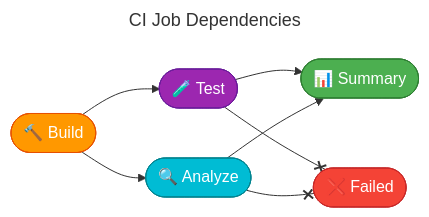
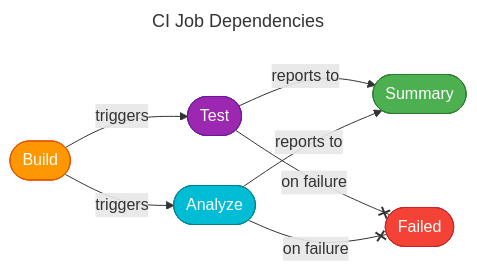
The second of 2 diagrams in docs/devops/ci-dotnet-reusable.md (Evilazaro/Azure-LogicApps-Monitoring), drawn with Mermaid before and after one commit. The commit also changed other lines of this file and 3 other files, not shown here.

Commit message:
docs: Improve diagram clarity and structure in CI/CD documentation with enhanced labels and organization

````diff
--- a/docs/devops/ci-dotnet-reusable.md
+++ b/docs/devops/ci-dotnet-reusable.md
@@ -499,24 +519,27 @@
 ```mermaid
 ---
 title: CI Job Dependencies
 ---
 flowchart LR
-    build(["🔨 Build"]) --> test(["🧪 Test"])
-    build --> analyze(["🔍 Analyze"])
-    test --> summary(["📊 Summary"])
-    analyze --> summary
-    test --x failure(["❌ Failed"])
-    analyze --x failure
+    %% ===== JOB DEPENDENCY GRAPH =====
+    build(["Build"]) -->|triggers| test(["Test"])
+    build -->|triggers| analyze(["Analyze"])
+    test -->|reports to| summary(["Summary"])
+    analyze -->|reports to| summary
+    test --x|on failure| failure(["Failed"])
+    analyze --x|on failure| failure
 
-    classDef build fill:#FF9800,stroke:#E65100,color:#fff
-    classDef test fill:#9C27B0,stroke:#6A1B9A,color:#fff
-    classDef analyze fill:#00BCD4,stroke:#00838F,color:#fff
-    classDef summary fill:#4CAF50,stroke:#2E7D32,color:#fff
-    classDef failed fill:#F44336,stroke:#C62828,color:#fff
+    %% ===== STYLING DEFINITIONS =====
+    classDef build fill:#FF9800,stroke:#E65100,color:#FFFFFF
+    classDef test fill:#9C27B0,stroke:#6A1B9A,color:#FFFFFF
+    classDef analyze fill:#00BCD4,stroke:#00838F,color:#FFFFFF
+    classDef summary fill:#4CAF50,stroke:#2E7D32,color:#FFFFFF
+    classDef failed fill:#F44336,stroke:#C62828,color:#FFFFFF
 
+    %% Apply styles to nodes
     class build build
     class test test
     class analyze analyze
     class summary summary
     class failure failed
 ```
````
